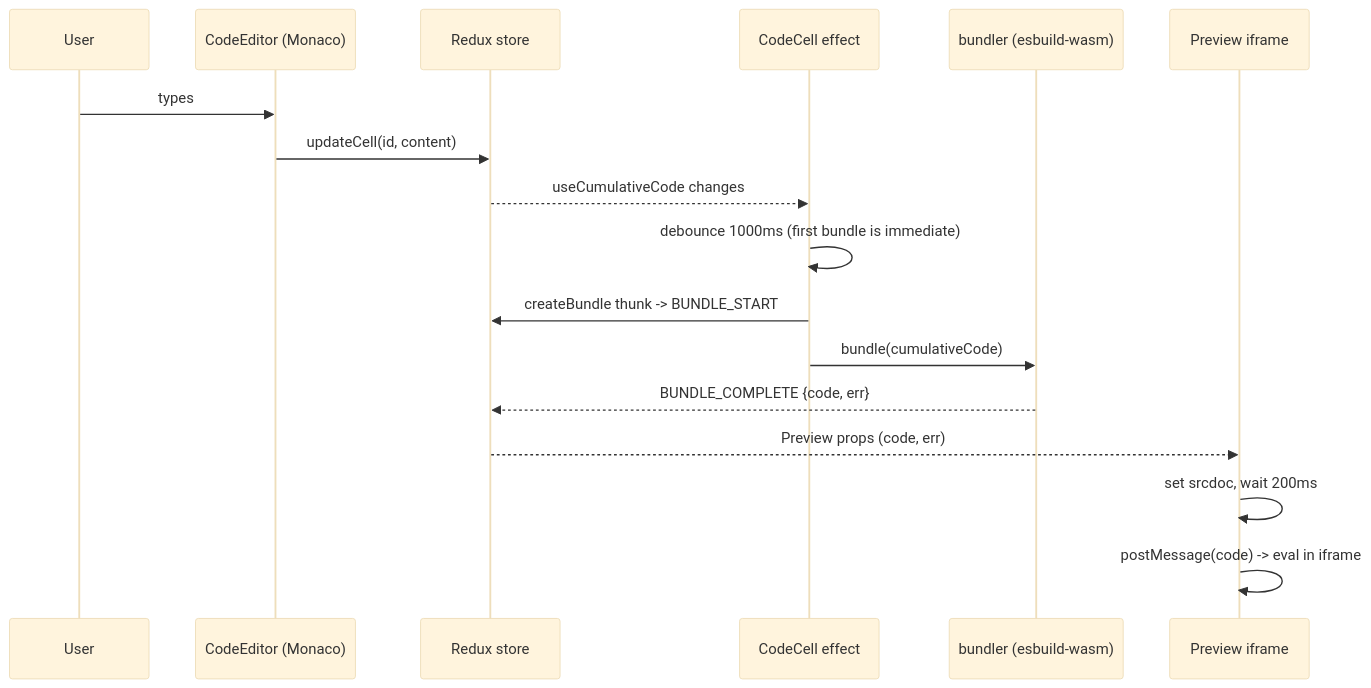
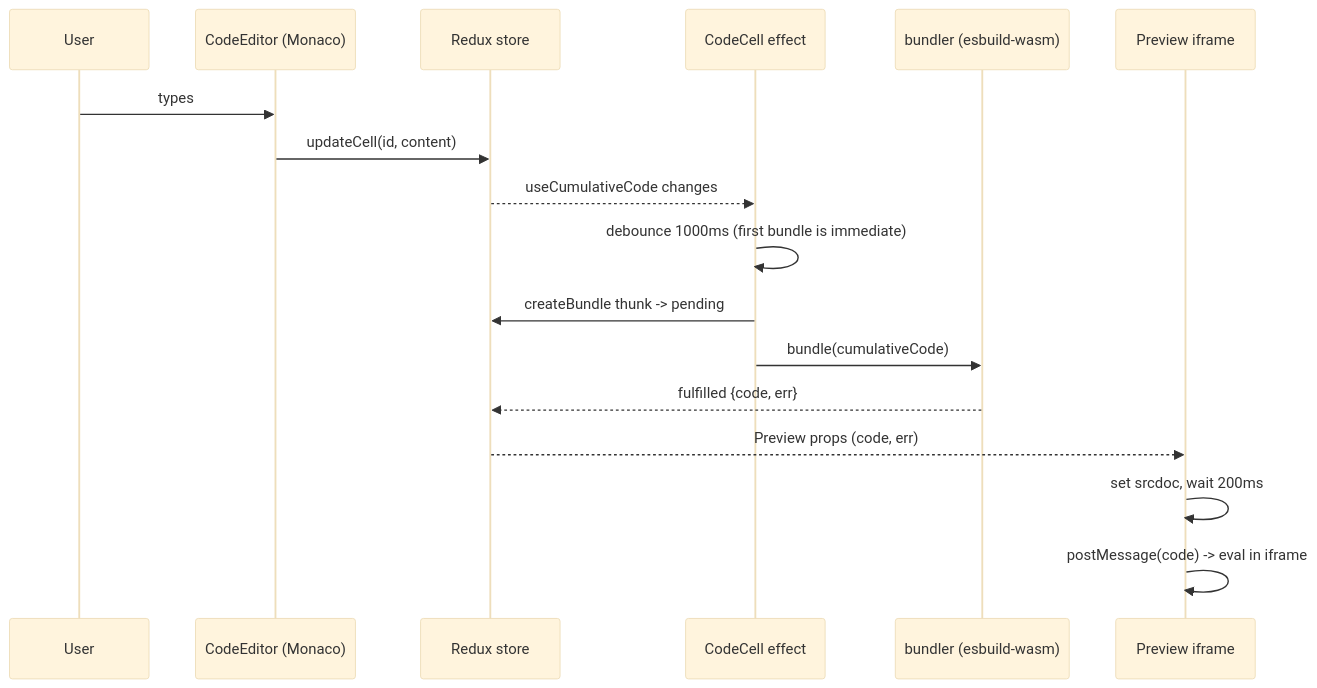
One commit to AnthonyFlowers/js-browser changed the second of 3 diagrams in docs/architecture.md. Above: the diagram before and after it, drawn with Mermaid (base theme). The commit also changed other lines of this file and 6 other files, not shown here.

````diff
--- a/docs/architecture.md
+++ b/docs/architecture.md
@@ -63,19 +65,19 @@
 ```mermaid
 sequenceDiagram
   participant U as User
   participant CE as CodeEditor (Monaco)
   participant S as Redux store
   participant CC as CodeCell effect
   participant B as bundler (esbuild-wasm)
   participant P as Preview iframe
   U->>CE: types
   CE->>S: updateCell(id, content)
   S-->>CC: useCumulativeCode changes
   CC->>CC: debounce 1000ms (first bundle is immediate)
-  CC->>S: createBundle thunk -> BUNDLE_START
+  CC->>S: createBundle thunk -> pending
   CC->>B: bundle(cumulativeCode)
-  B-->>S: BUNDLE_COMPLETE {code, err}
+  B-->>S: fulfilled {code, err}
   S-->>P: Preview props (code, err)
   P->>P: set srcdoc, wait 200ms
   P->>P: postMessage(code) -> eval in iframe
 ```
````
